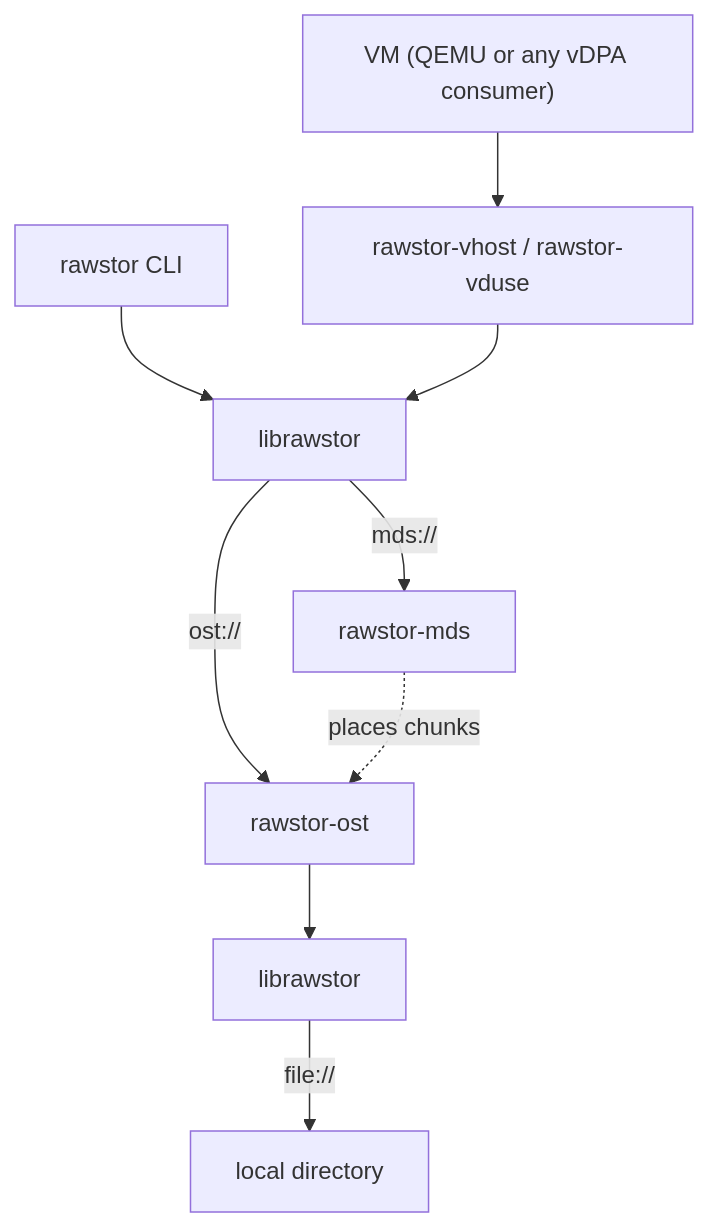
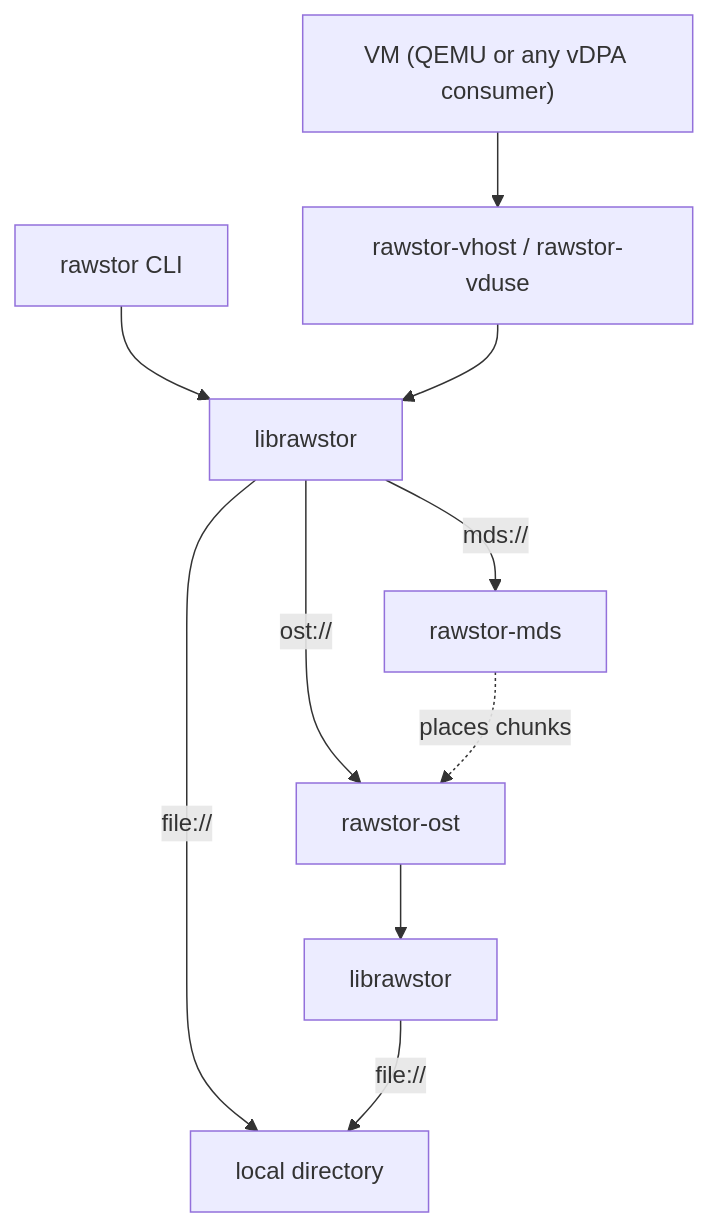
One commit to rawstor/librawstor changed the diagram in docs/index.md. Above: the diagram before and after it, drawn with Mermaid.

Commit message:
docs: keep file:// from the first librawstor in the index diagram

````diff
--- a/docs/index.md
+++ b/docs/index.md
@@ -27,11 +27,12 @@
 ```mermaid
 flowchart TD
     vm["VM (QEMU or any vDPA consumer)"] --> vhost["rawstor-vhost / rawstor-vduse"]
     cli["rawstor CLI"] --> lib["librawstor"]
     vhost --> lib
     lib -->|"mds://"| mds["rawstor-mds"]
     lib -->|"ost://"| ost1["rawstor-ost"]
+    lib -->|"file://"| fs["local directory"]
     mds -. "places chunks" .-> ost1
     ost1 --> lib2["librawstor"]
-    lib2 -->|"file://"| fs["local directory"]
+    lib2 -->|"file://"| fs
 ```
````
